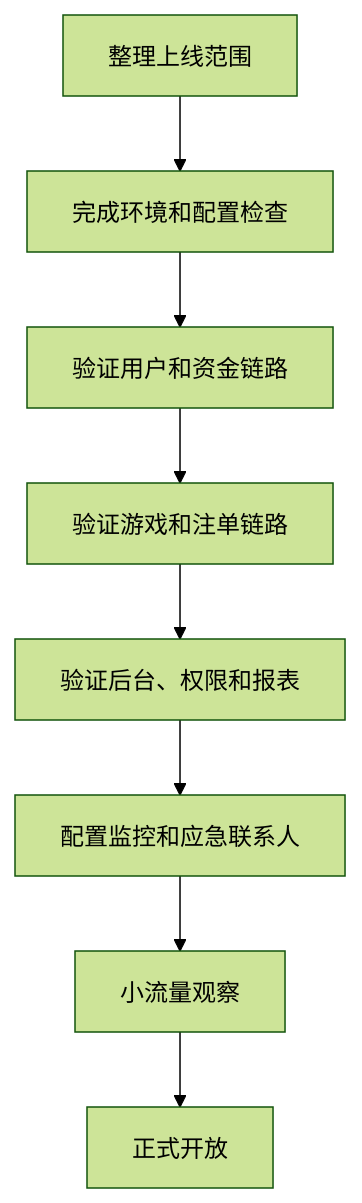
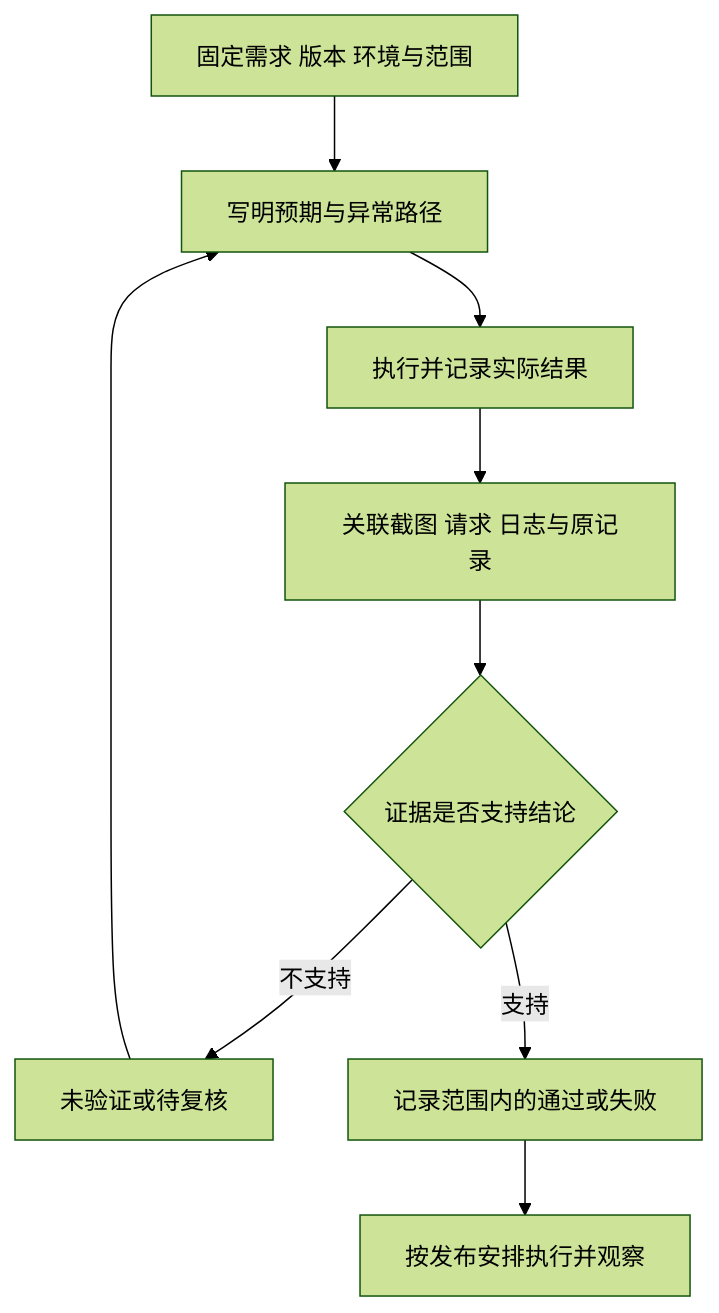
The diagram in content/articles/launch-checklist.md (micjordan9527/game), drawn with Mermaid (forest theme) before and after one commit. The commit also changed other lines of this file and 23 other files, not shown here.

````diff
--- a/content/articles/launch-checklist.md
+++ b/content/articles/launch-checklist.md
@@ -61,10 +41,11 @@
 ```mermaid
 flowchart TD
-  A[整理上线范围] --> B[完成环境和配置检查]
-  B --> C[验证用户和资金链路]
-  C --> D[验证游戏和注单链路]
-  D --> E[验证后台、权限和报表]
-  E --> F[配置监控和应急联系人]
-  F --> G[小流量观察]
-  G --> H[正式开放]
+  A[固定需求 版本 环境与范围] --> B[写明预期与异常路径]
+  B --> C[执行并记录实际结果]
+  C --> D[关联截图 请求 日志与原记录]
+  D --> E{证据是否支持结论}
+  E -->|不支持| F[未验证或待复核]
+  E -->|支持| G[记录范围内的通过或失败]
+  G --> H[按发布安排执行并观察]
+  F --> B
 ```
````
